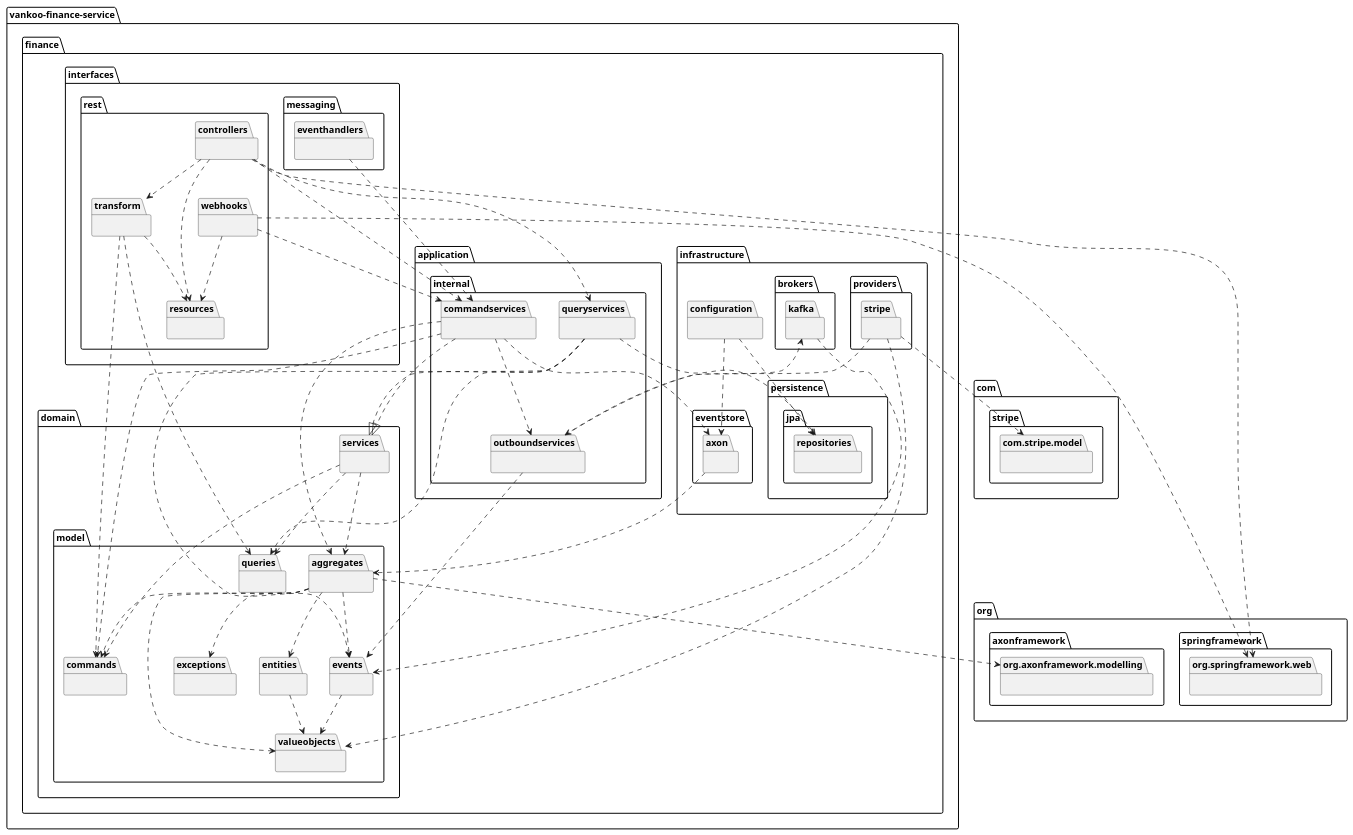
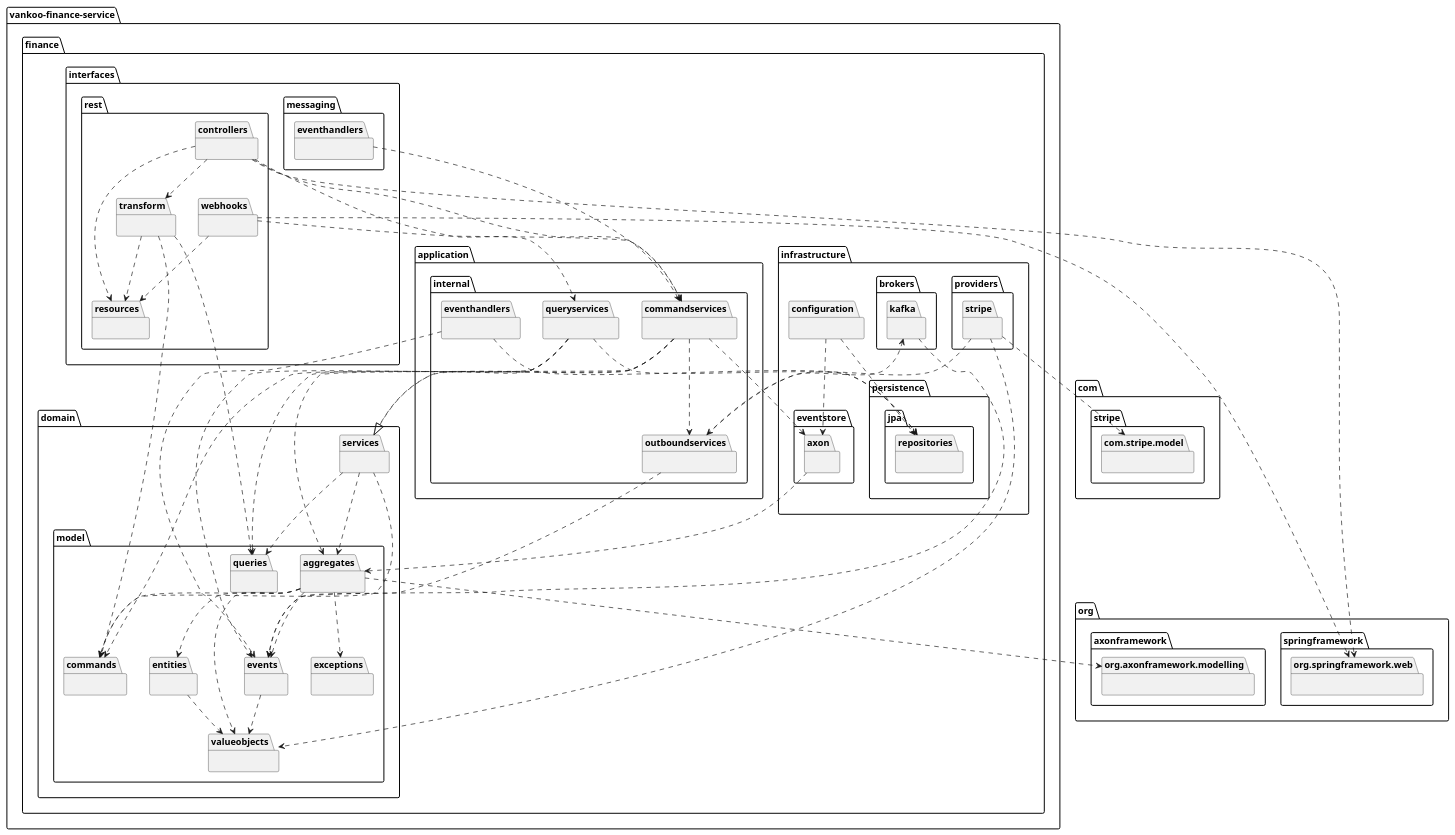
Before and after one commit to liquilabshq/vankoo-finance-service: the diagram in docs/uml/finance-package-diagram.puml, drawn with PlantUML. The commit also changed 3 other files, not shown here.

```diff
--- a/docs/uml/finance-package-diagram.puml
+++ b/docs/uml/finance-package-diagram.puml
@@ -1,102 +1,105 @@
 @startuml finance-package-diagram
 
 package vankoo-finance-service as vankoo_finance_service {
     package finance {
         package domain {
             package model {
                 package aggregates {}
                 package entities {}
                 package commands {}
                 package queries {}
                 package events {}
                 package valueobjects {}
                 package exceptions {}
             }
             package services {}
         }
         package infrastructure {
             package eventstore {
                 package axon {}
             }
             package persistence {
                 package jpa {
                     package repositories {}
                 }
             }
             package brokers {
                 package kafka {}
             }
             package providers {
                 package stripe {}
             }
             package configuration {}
         }
         package application.internal {
             package commandservices {}
             package queryservices {}
             package outboundservices {}
+            package eventhandlers {}
         }
         package interfaces {
             package rest {
                 package controllers {}
                 package webhooks {}
                 package resources {}
                 package transform {}
             }
             package messaging {
                 package eventhandlers {}
             }
         }
     }
 }
 package org.axonframework.modelling {}
 package org.springframework.web {}
 package com.stripe.model {}
 
 aggregates ..> org.axonframework.modelling
 aggregates ..> commands
 aggregates ..> events
 aggregates ..> entities
 aggregates ..> valueobjects
 aggregates ..> exceptions
 entities ..> valueobjects
 events ..> valueobjects
 
 services ..> commands
 services ..> queries
 services ..> aggregates
 
 commandservices ..|> services
 commandservices ..> aggregates
 commandservices ..> commands
 commandservices ..> outboundservices
 commandservices ..> axon
 queryservices ..|> services
 queryservices ..> queries
 queryservices ..> events
 queryservices ..> repositories
 outboundservices ..> events
 outboundservices ..> kafka
 
 axon ..> aggregates
 kafka ..> events
 configuration ..> axon
 configuration ..> repositories
-eventhandlers ..> commandservices
+vankoo_finance_service.finance.interfaces.messaging.eventhandlers ..> commandservices
+vankoo_finance_service.finance.application.internal.eventhandlers ..> events
+vankoo_finance_service.finance.application.internal.eventhandlers ..> repositories
 vankoo_finance_service.finance.infrastructure.providers.stripe ..> outboundservices
 vankoo_finance_service.finance.infrastructure.providers.stripe ..> valueobjects
 vankoo_finance_service.finance.infrastructure.providers.stripe ..> com.stripe.model
 
 controllers ..> resources
 controllers ..> transform
 controllers ..> commandservices
 controllers ..> queryservices
 controllers ..> org.springframework.web
 webhooks ..> resources
 webhooks ..> commandservices
 webhooks ..> org.springframework.web
 transform ..> resources
 transform ..> commands
 transform ..> queries
 
 @enduml
```
